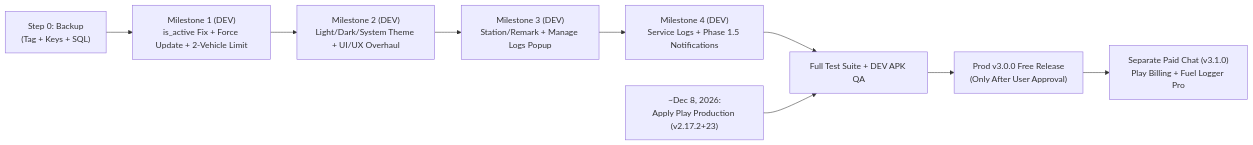
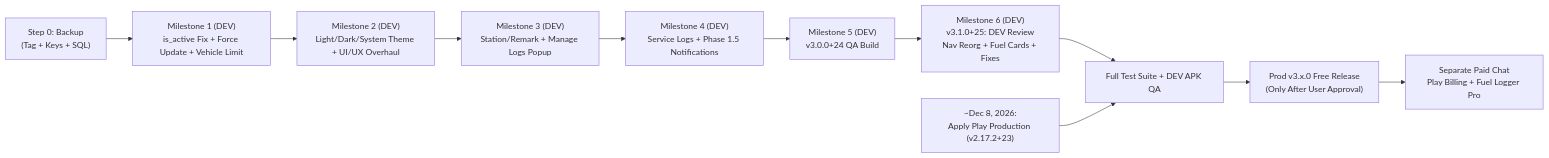
One commit to Arunb001/FuelLogger-Flutter changed the diagram in Plannings.md. Above: the diagram before and after it, drawn with Mermaid. The commit also changed other lines of this file and 29 other files, not shown here.

First line of the commit message:
feat(v3-dev): implement Milestone 6 DEV review changes for Fuel Logger v3.1.0+25

````diff
--- a/Plannings.md
+++ b/Plannings.md
@@ -287,11 +317,13 @@
 ```mermaid
 flowchart LR
-    S0["Step 0: Backup<br/>(Tag + Keys + SQL)"] --> M1["Milestone 1 (DEV)<br/>is_active Fix + Force Update + 2-Vehicle Limit"]
+    S0["Step 0: Backup<br/>(Tag + Keys + SQL)"] --> M1["Milestone 1 (DEV)<br/>is_active Fix + Force Update + Vehicle Limit"]
     M1 --> M2["Milestone 2 (DEV)<br/>Light/Dark/System Theme + UI/UX Overhaul"]
     M2 --> M3["Milestone 3 (DEV)<br/>Station/Remark + Manage Logs Popup"]
     M3 --> M4["Milestone 4 (DEV)<br/>Service Logs + Phase 1.5 Notifications"]
-    M4 --> QAGate["Full Test Suite + DEV APK QA"]
+    M4 --> M5["Milestone 5 (DEV)<br/>v3.0.0+24 QA Build"]
+    M5 --> M6["Milestone 6 (DEV)<br/>v3.1.0+25: DEV Review<br/>Nav Reorg + Fuel Cards + Fixes"]
+    M6 --> QAGate["Full Test Suite + DEV APK QA"]
     PlayDec8["~Dec 8, 2026:<br/>Apply Play Production (v2.17.2+23)"] --> QAGate
-    QAGate --> ProdV3["Prod v3.0.0 Free Release<br/>(Only After User Approval)"]
-    ProdV3 --> PaidChat["Separate Paid Chat (v3.1.0)<br/>Play Billing + Fuel Logger Pro"]
+    QAGate --> ProdV3["Prod v3.x.0 Free Release<br/>(Only After User Approval)"]
+    ProdV3 --> PaidChat["Separate Paid Chat<br/>Play Billing + Fuel Logger Pro"]
 ```
````
